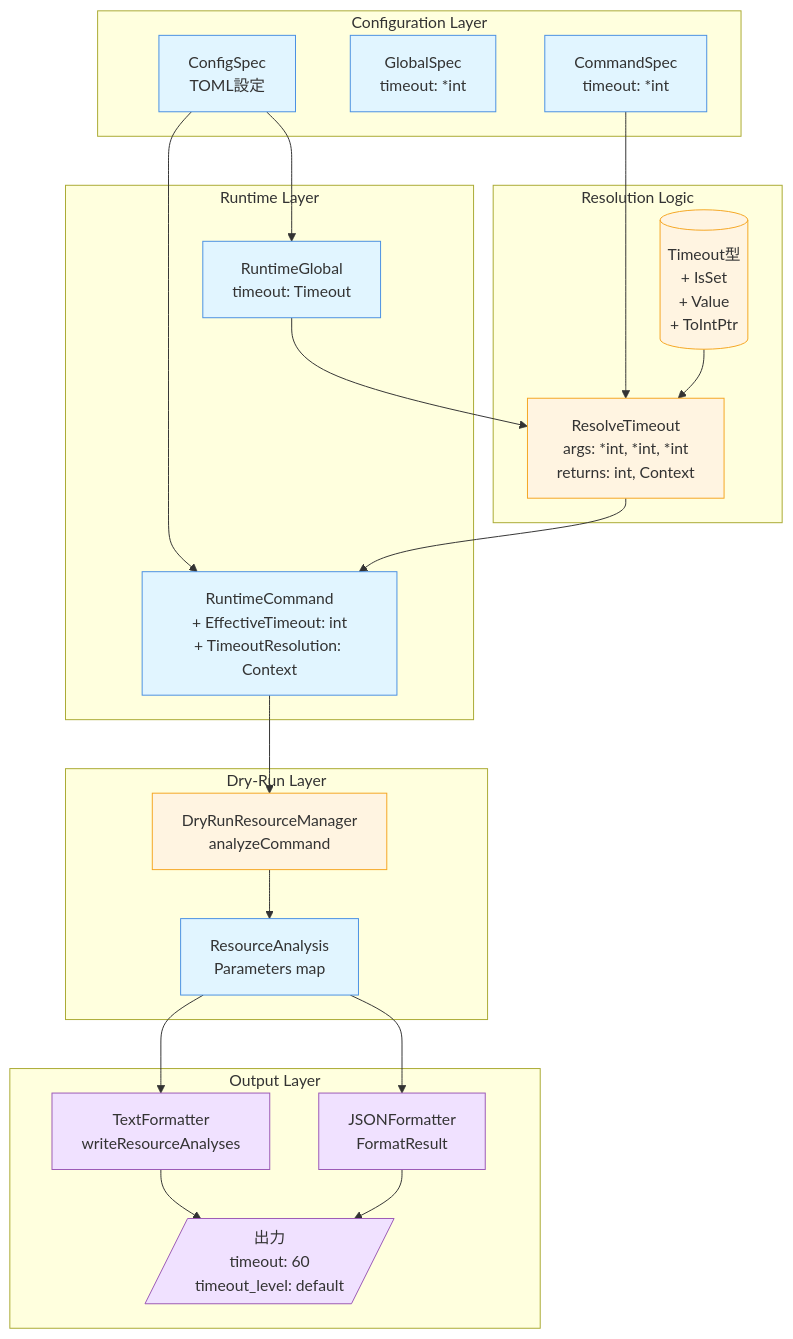
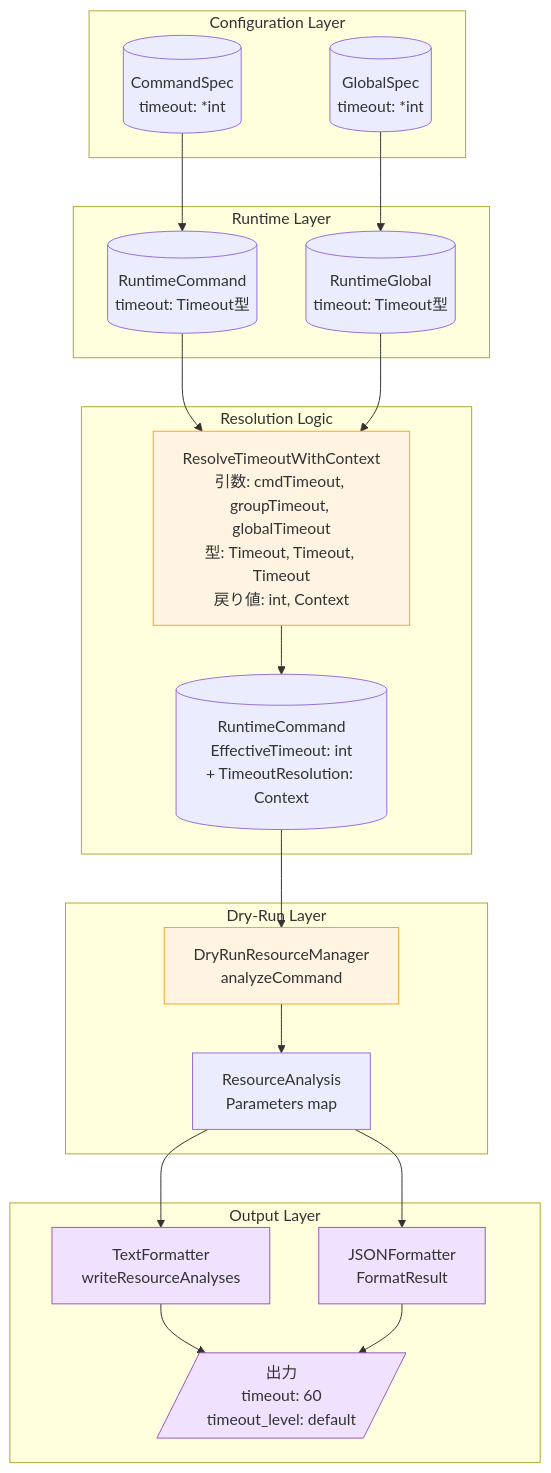
The first of 3 diagrams in docs/tasks/0047_timeout_resolution_context_enhancement/02_architecture.md (isseis/go-safe-cmd-runner), drawn with Mermaid before and after one commit. The commit also changed other lines of this file, not shown here.

First line of the commit message:
docs: enhance timeout resolution architecture and prefer Timeout type

````diff
--- a/docs/tasks/0047_timeout_resolution_context_enhancement/02_architecture.md
+++ b/docs/tasks/0047_timeout_resolution_context_enhancement/02_architecture.md
@@ -27,54 +27,52 @@
 ```mermaid
 flowchart TB
     subgraph "Configuration Layer"
-        ConfigSpec[ConfigSpec<br/>TOML設定]
-        GlobalSpec[GlobalSpec<br/>timeout: *int]
-        CommandSpec[CommandSpec<br/>timeout: *int]
+        GlobalSpec[(GlobalSpec<br/>timeout: *int)]
+        CommandSpec[(CommandSpec<br/>timeout: *int)]
     end
 
     subgraph "Runtime Layer"
-        RuntimeGlobal[RuntimeGlobal<br/>timeout: Timeout]
-        RuntimeCommand[RuntimeCommand<br/>+ EffectiveTimeout: int<br/>+ TimeoutResolution: Context]
+        RuntimeGlobal[(RuntimeGlobal<br/>timeout: Timeout型)]
+        RuntimeCommand[(RuntimeCommand<br/>timeout: Timeout型)]
     end
 
     subgraph "Resolution Logic"
-        ResolveTimeout[ResolveTimeout<br/>args: *int, *int, *int<br/>returns: int, Context]
-        Timeout[(Timeout型<br/>+ IsSet<br/>+ Value<br/>+ ToIntPtr)]
+        ResolveTimeout[ResolveTimeoutWithContext<br/>引数: cmdTimeout, groupTimeout, globalTimeout<br/>型: Timeout, Timeout, Timeout<br/>戻り値: int, Context]
+        RuntimeCommand2[(RuntimeCommand<br/>EffectiveTimeout: int<br/>+ TimeoutResolution: Context)]
     end
 
     subgraph "Dry-Run Layer"
         DryRunManager[DryRunResourceManager<br/>analyzeCommand]
         ResourceAnalysis[ResourceAnalysis<br/>Parameters map]
     end
 
     subgraph "Output Layer"
         TextFormatter[TextFormatter<br/>writeResourceAnalyses]
         JSONFormatter[JSONFormatter<br/>FormatResult]
         Output[/"出力<br/>timeout: 60<br/>timeout_level: default"/]
     end
 
-    ConfigSpec --> RuntimeGlobal
-    ConfigSpec --> RuntimeCommand
+    GlobalSpec --> RuntimeGlobal
+    CommandSpec --> RuntimeCommand
 
+    RuntimeCommand --> ResolveTimeout
     RuntimeGlobal --> ResolveTimeout
-    CommandSpec --> ResolveTimeout
-    Timeout --> ResolveTimeout
+    ResolveTimeout --> RuntimeCommand2
 
-    ResolveTimeout --> RuntimeCommand
 
-    RuntimeCommand --> DryRunManager
+    RuntimeCommand2 --> DryRunManager
     DryRunManager --> ResourceAnalysis
 
     ResourceAnalysis --> TextFormatter
     ResourceAnalysis --> JSONFormatter
     TextFormatter --> Output
     JSONFormatter --> Output
 
     classDef dataNode fill:#e1f5ff,stroke:#4a90e2
     classDef logicNode fill:#fff4e1,stroke:#f5a623
     classDef outputNode fill:#f0e1ff,stroke:#9b59b6
 
-    class ConfigSpec,GlobalSpec,CommandSpec,RuntimeGlobal,RuntimeCommand,ResourceAnalysis dataNode
-    class ResolveTimeout,Timeout,DryRunManager logicNode
+    class ConfigSpec,GlobalSpec,CommandSpec,RuntimeGlobal,RuntimeCommand,ResourceAnalysis dataNode,RuntimeCommand2
+    class ResolveTimeout,DryRunManager logicNode
     class TextFormatter,JSONFormatter,Output outputNode
 ```
````
